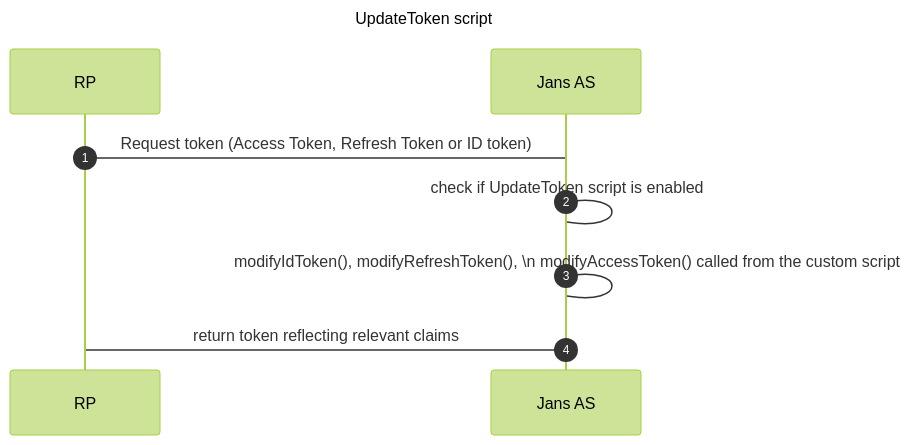
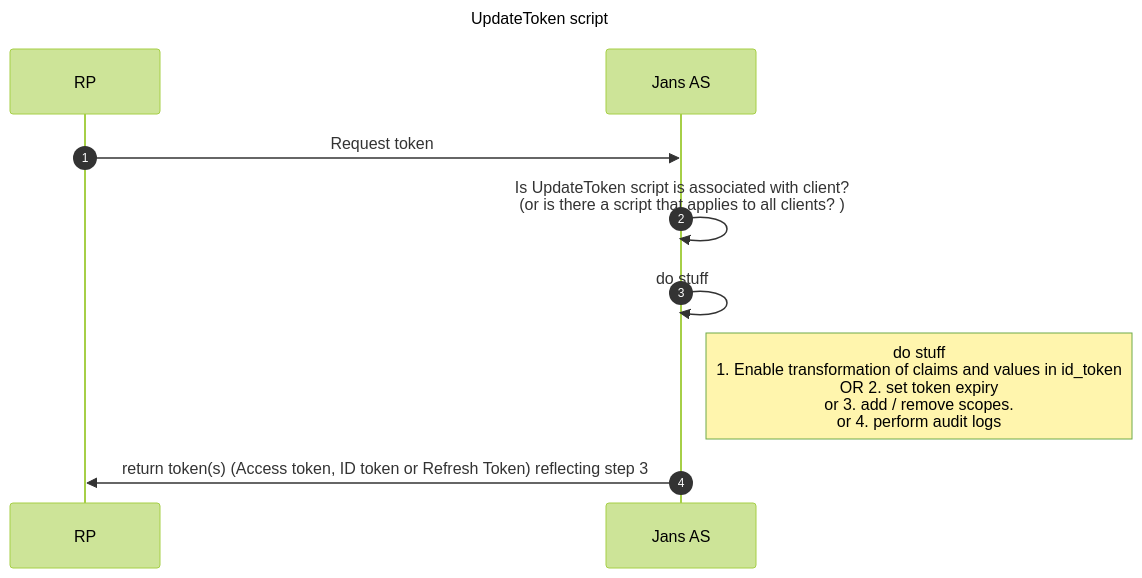
One commit to JanssenProject/jans changed the diagram in docs/script-catalog/update_token/sample-script/README.md. Above: the diagram before and after it, drawn with Mermaid (forest theme). The commit also changed other lines of this file, not shown here.

````diff
--- a/docs/script-catalog/update_token/sample-script/README.md
+++ b/docs/script-catalog/update_token/sample-script/README.md
@@ -13,9 +13,12 @@
 ```mermaid
+
 sequenceDiagram
 title UpdateToken script
 autonumber 1
-RP->Jans AS:Request token (Access Token, Refresh Token or ID token)
-Jans AS->Jans AS:check if UpdateToken script is enabled
-Jans AS->Jans AS: modifyIdToken(), modifyRefreshToken(), \n modifyAccessToken() called from the custom script
-Jans AS->RP: return token reflecting relevant claims
+RP->>Jans AS: Request token 
+Jans AS->>Jans AS: Is UpdateToken script is associated with client? <br/>(or is there a script that applies to all clients? )
+Jans AS->>Jans AS: do stuff 
+note  right of Jans AS: do stuff<br/>1. Enable transformation of claims and values in id_token <br/> OR 2. set token expiry <br/> or 3. add / remove scopes. <br/> or 4. perform audit logs 
+Jans AS->>RP: return token(s) (Access token, ID token or Refresh Token) reflecting step 3
+
 ```
````
